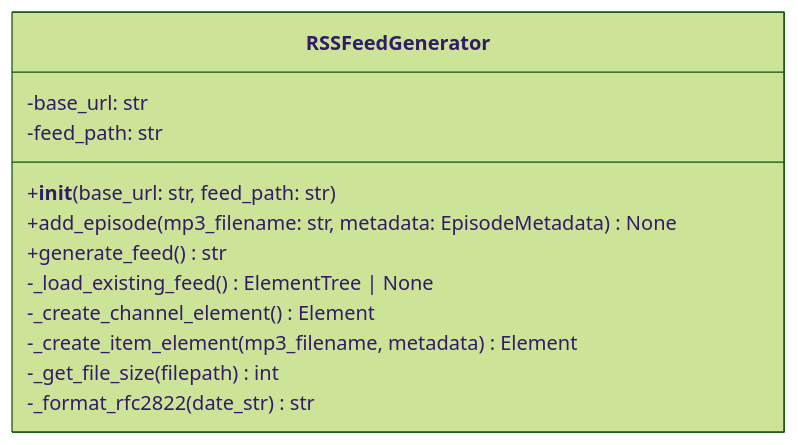
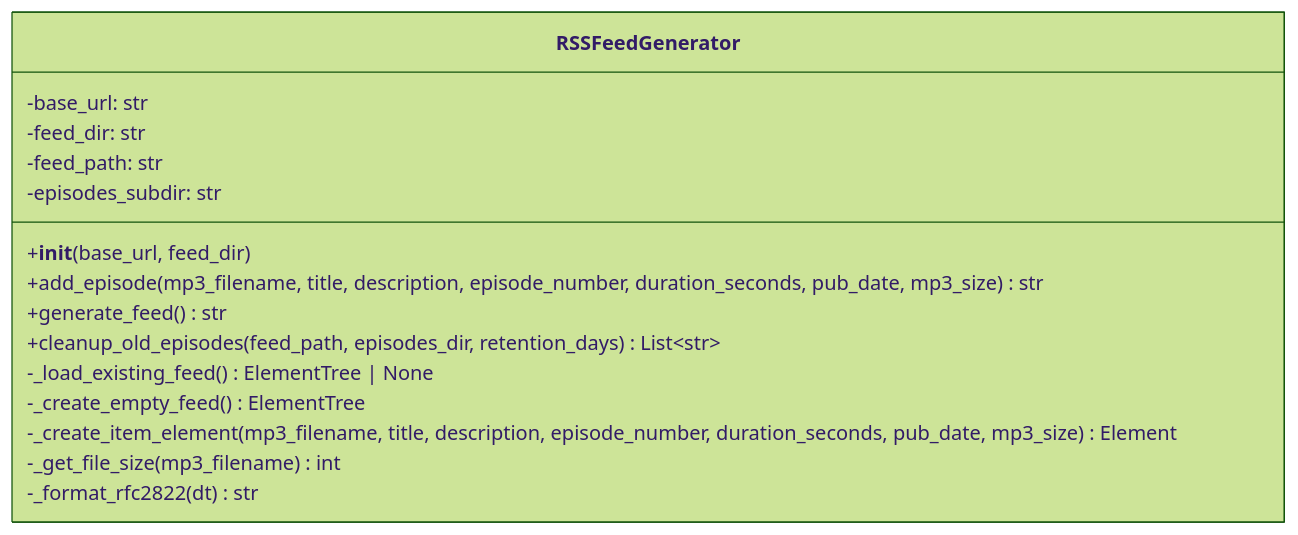
One commit to necoha/auto-podcast changed the fourth of 6 diagrams in docs/LLD.md. Above: the diagram before and after it, drawn with Mermaid (forest theme). The commit also changed other lines of this file and 2 other files, not shown here.

````diff
--- a/docs/LLD.md
+++ b/docs/LLD.md
@@ -198,15 +228,18 @@
 ```mermaid
 classDiagram
     class RSSFeedGenerator {
         -base_url: str
+        -feed_dir: str
         -feed_path: str
-        +__init__(base_url: str, feed_path: str)
-        +add_episode(mp3_filename: str, metadata: EpisodeMetadata) None
+        -episodes_subdir: str
+        +__init__(base_url, feed_dir)
+        +add_episode(mp3_filename, title, description, episode_number, duration_seconds, pub_date, mp3_size) str
         +generate_feed() str
+        +cleanup_old_episodes(feed_path, episodes_dir, retention_days) List~str~
         -_load_existing_feed() ElementTree | None
-        -_create_channel_element() Element
-        -_create_item_element(mp3_filename, metadata) Element
-        -_get_file_size(filepath) int
-        -_format_rfc2822(date_str) str
+        -_create_empty_feed() ElementTree
+        -_create_item_element(mp3_filename, title, description, episode_number, duration_seconds, pub_date, mp3_size) Element
+        -_get_file_size(mp3_filename) int
+        -_format_rfc2822(dt) str
     }
 ```
````
